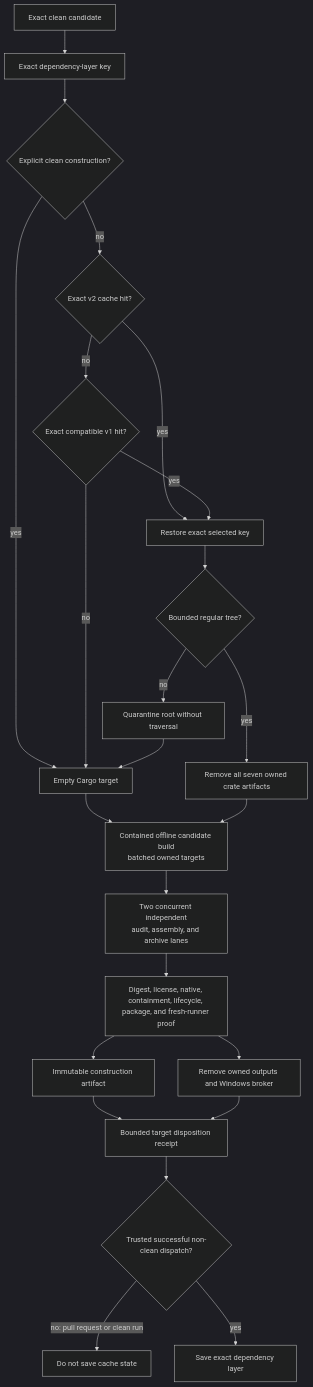
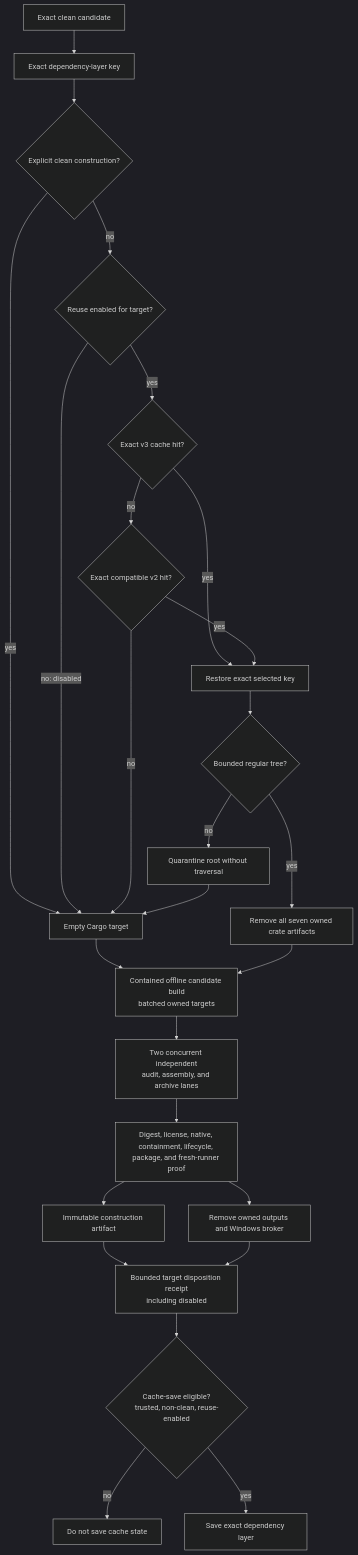
Diagram 20 of 23 in docs/projectatlas-3-architecture.md (styler-ai/ProjectAtlas), drawn with Mermaid (dark theme) before and after one commit. The commit also changed other lines of this file and 5 other files, not shown here.

Commit message:
perf(ci): keep only measured parser cache reuse (#341)

````diff
--- a/docs/projectatlas-3-architecture.md
+++ b/docs/projectatlas-3-architecture.md
@@ -1844,27 +1847,29 @@
 ```mermaid
 flowchart TB
     Candidate[Exact clean candidate] --> Key[Exact dependency-layer key]
     Dispatch{Explicit clean construction?}
     Key --> Dispatch
     Dispatch -->|yes| Empty[Empty Cargo target]
-    Dispatch -->|no| Lookup{Exact v2 cache hit?}
+    Dispatch -->|no| Reuse{Reuse enabled for target?}
+    Reuse -->|no: disabled| Empty
+    Reuse -->|yes| Lookup{Exact v3 cache hit?}
     Lookup -->|yes| Restore[Restore exact selected key]
-    Lookup -->|no| Compatible{Exact compatible v1 hit?}
+    Lookup -->|no| Compatible{Exact compatible v2 hit?}
     Compatible -->|yes| Restore
     Compatible -->|no| Empty
     Restore --> Validate{Bounded regular tree?}
     Validate -->|no| Quarantine[Quarantine root without traversal]
     Quarantine --> Empty
     Validate -->|yes| CleanBefore[Remove all seven owned crate artifacts]
     Empty --> Build
     CleanBefore --> Build[Contained offline candidate build<br/>batched owned targets]
     Build --> Assemble[Two concurrent independent<br/>audit, assembly, and archive lanes]
     Assemble --> Verify[Digest, license, native, containment, lifecycle, package, and fresh-runner proof]
     Verify --> Publish[Immutable construction artifact]
     Verify --> CleanAfter[Remove owned outputs and Windows broker]
-    Publish --> Receipt[Bounded target disposition receipt]
+    Publish --> Receipt[Bounded target disposition receipt<br/>including disabled]
     CleanAfter --> Receipt
-    Receipt --> Trust{Trusted successful non-clean dispatch?}
-    Trust -->|no: pull request or clean run| NoSave[Do not save cache state]
+    Receipt --> Trust{Cache-save eligible?<br/>trusted, non-clean, reuse-enabled}
+    Trust -->|no| NoSave[Do not save cache state]
     Trust -->|yes| Save[Save exact dependency layer]
 ```
````
